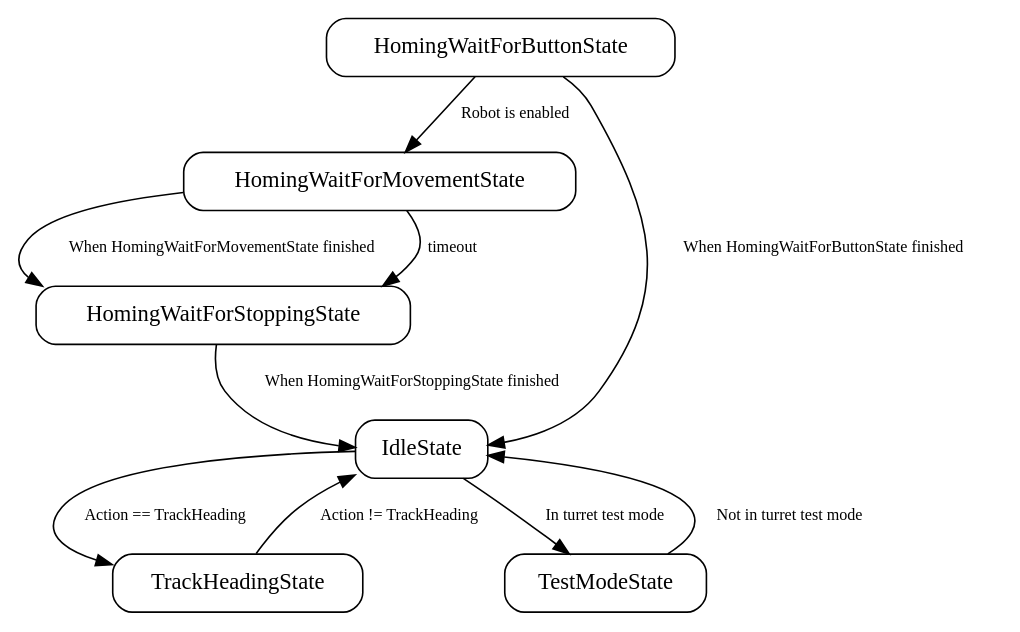
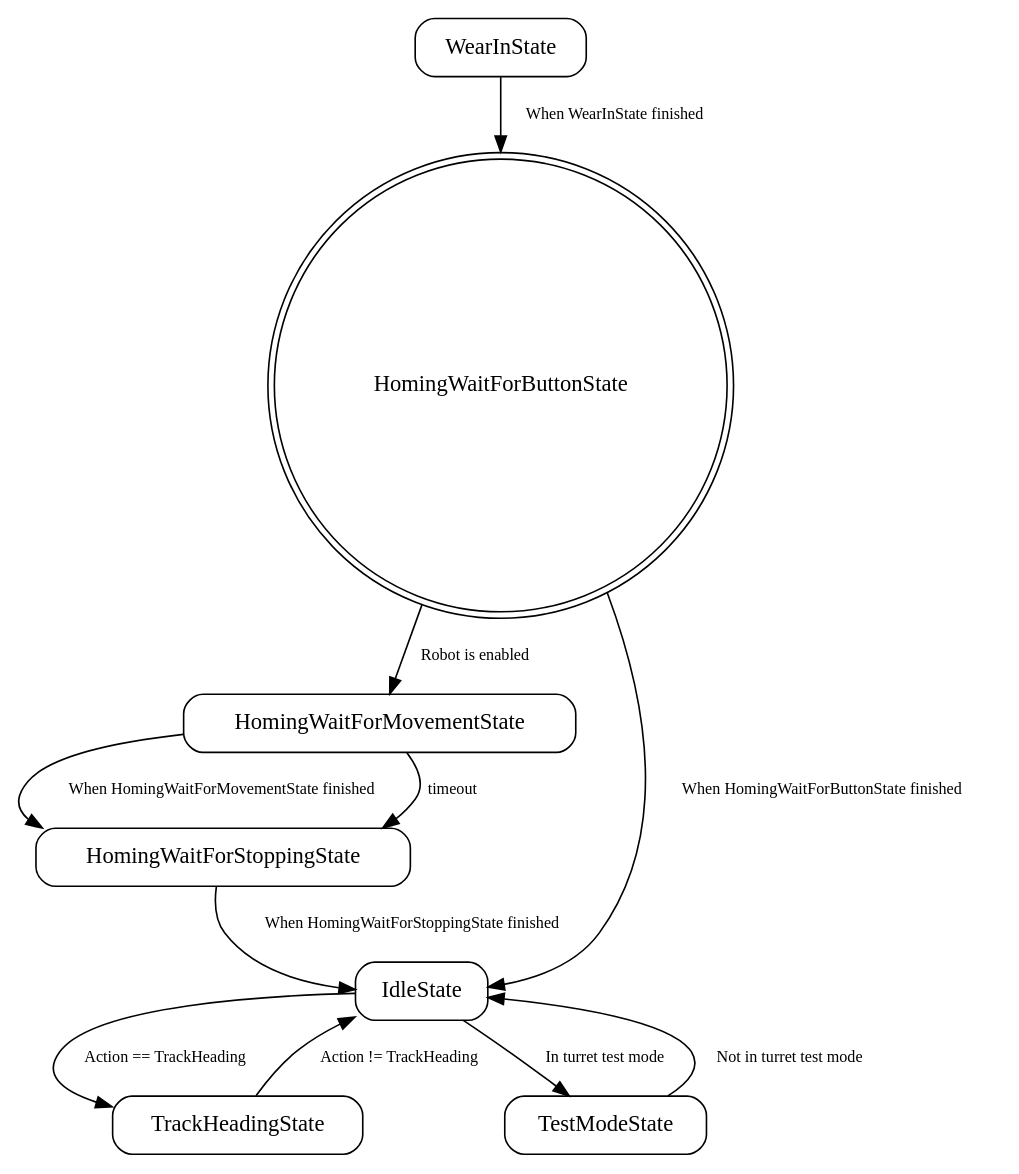
One commit to team401/2026-Robot-Code changed the diagram in state_machine_graphs/turret.dot. Above: the diagram before and after it, drawn with Graphviz. The commit also changed 6 other files, not shown here.

Commit message:
(#80) regenerate state machine graphs

```diff
--- a/state_machine_graphs/turret.dot
+++ b/state_machine_graphs/turret.dot
@@ -1,41 +1,44 @@
 digraph {
 
   // Graphviz Format settings
 
   node [
     shape=box,
     style=rounded
   ];
 
   edge [
     fontsize=10
   ];
 
 
   // States
 
   HomingWaitForMovementState ;
   HomingWaitForStoppingState ;
   IdleState ;
+  WearInState ;
   TrackHeadingState ;
   TestModeState ;
-  HomingWaitForButtonState ;
+  HomingWaitForButtonState [shape=doublecircle];
 
   // Transitions
 
   HomingWaitForMovementState -> HomingWaitForStoppingState [label="When HomingWaitForMovementState finished"];
   HomingWaitForMovementState -> HomingWaitForStoppingState [label="timeout"];
 
   HomingWaitForStoppingState -> IdleState [label="When HomingWaitForStoppingState finished"];
 
+  IdleState -> TestModeState [label="In turret test mode"];
   IdleState -> TrackHeadingState [label="Action == TrackHeading"];
-  IdleState -> TestModeState [label="In turret test mode"];
+
+  WearInState -> HomingWaitForButtonState [label="When WearInState finished"];
 
   TrackHeadingState -> IdleState [label="Action != TrackHeading"];
 
   TestModeState -> IdleState [label="Not in turret test mode"];
 
   HomingWaitForButtonState -> IdleState [label="When HomingWaitForButtonState finished"];
   HomingWaitForButtonState -> HomingWaitForMovementState [label="Robot is enabled"];
 
 }
```
